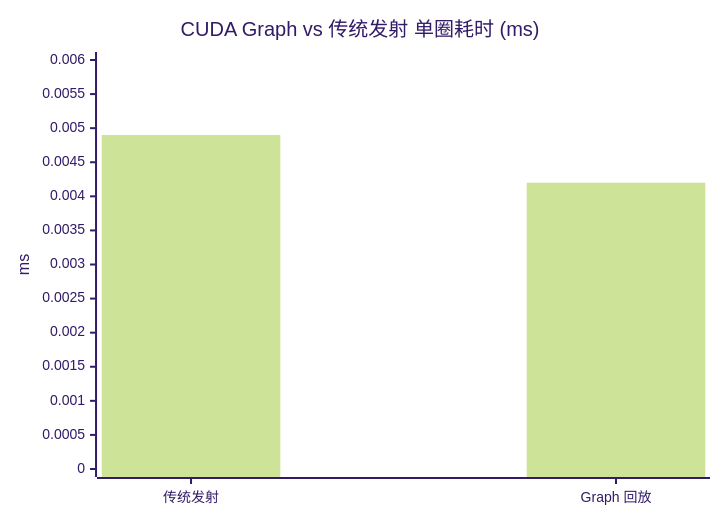
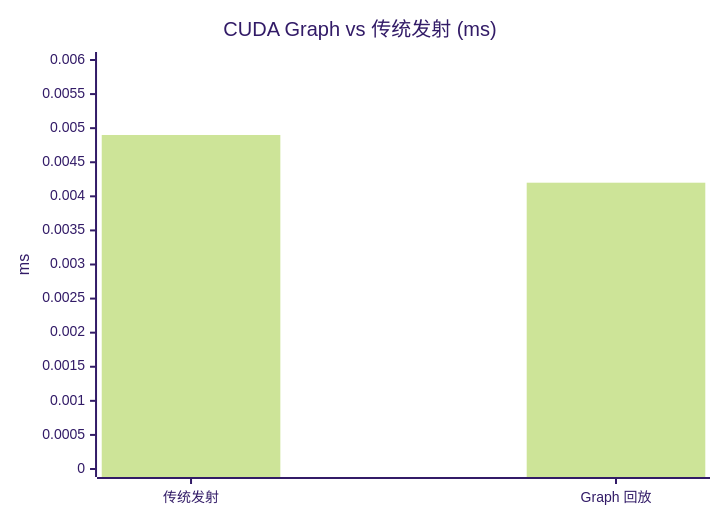
One commit to psmarter/CUDA-Practice changed the third of 3 diagrams in Blogs/08_Advanced_CUDAGraphs_Streams_Extensions.md. Above: the diagram before and after it, drawn with Mermaid (forest theme). The commit also changed other lines of this file and 28 other files, not shown here.

````diff
--- a/Blogs/08_Advanced_CUDAGraphs_Streams_Extensions.md
+++ b/Blogs/08_Advanced_CUDAGraphs_Streams_Extensions.md
@@ -297,7 +141,7 @@
 ```mermaid
 xychart-beta
-  title "CUDA Graph vs 传统发射 单圈耗时 (ms)"
+  title "CUDA Graph vs 传统发射 (ms)"
   x-axis ["传统发射", "Graph 回放"]
   y-axis "ms" 0 --> 0.006
   bar [0.0049, 0.0042]
 ```
````
